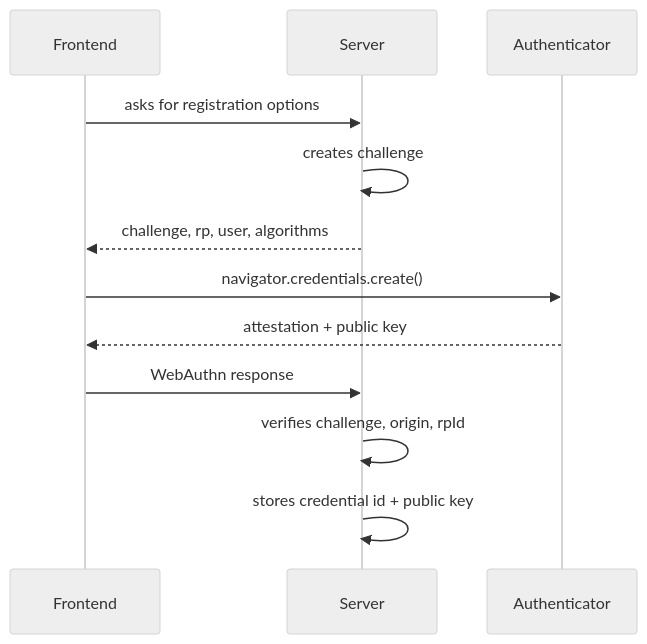
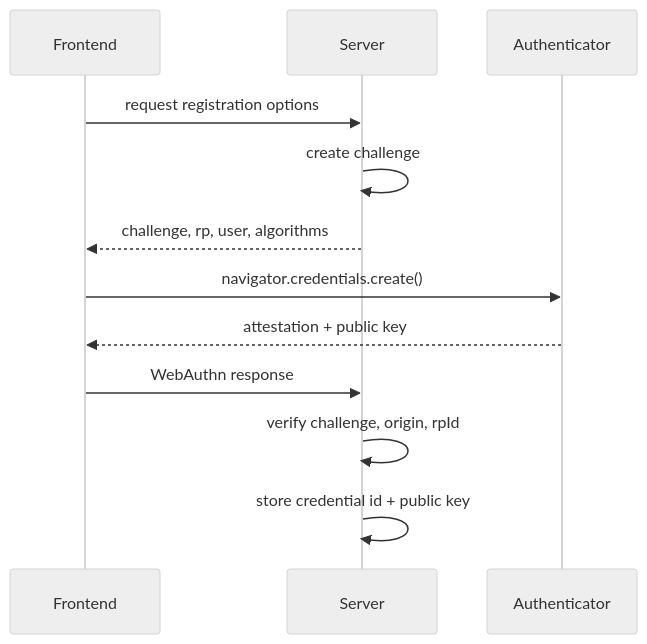
Before and after one commit to Takeno/talks-passkey-intro: the first of 2 diagrams in passkey-slides/slides.md, drawn with Mermaid (neutral theme). The commit also changed other lines of this file, not shown here.

````diff
--- a/passkey-slides/slides.md
+++ b/passkey-slides/slides.md
@@ -286,15 +286,15 @@
 ```mermaid
 sequenceDiagram
   participant C as Frontend
   participant S as Server
   participant A as Authenticator
 
-  C->>S: asks for registration options
-  S->>S: creates challenge
+  C->>S: request registration options
+  S->>S: create challenge
   S-->>C: challenge, rp, user, algorithms
   C->>A: navigator.credentials.create()
   A-->>C: attestation + public key
   C->>S: WebAuthn response
-  S->>S: verifies challenge, origin, rpId
-  S->>S: stores credential id + public key
+  S->>S: verify challenge, origin, rpId
+  S->>S: store credential id + public key
 ```
````
